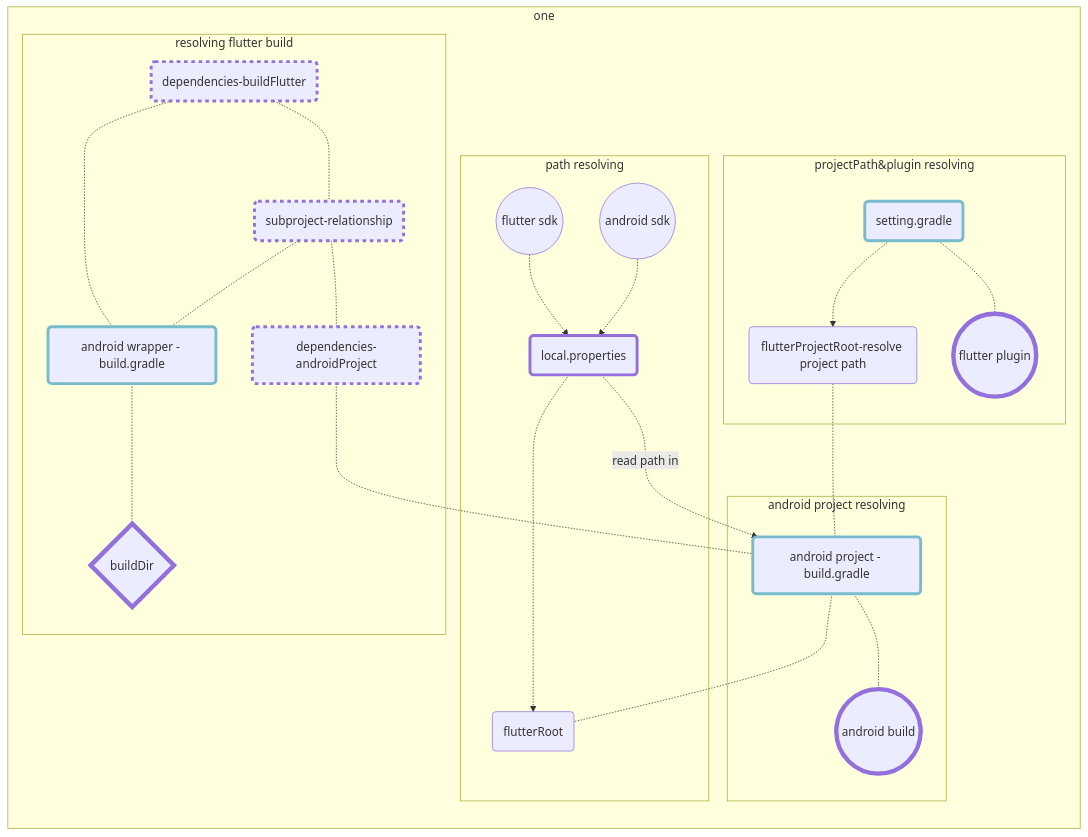
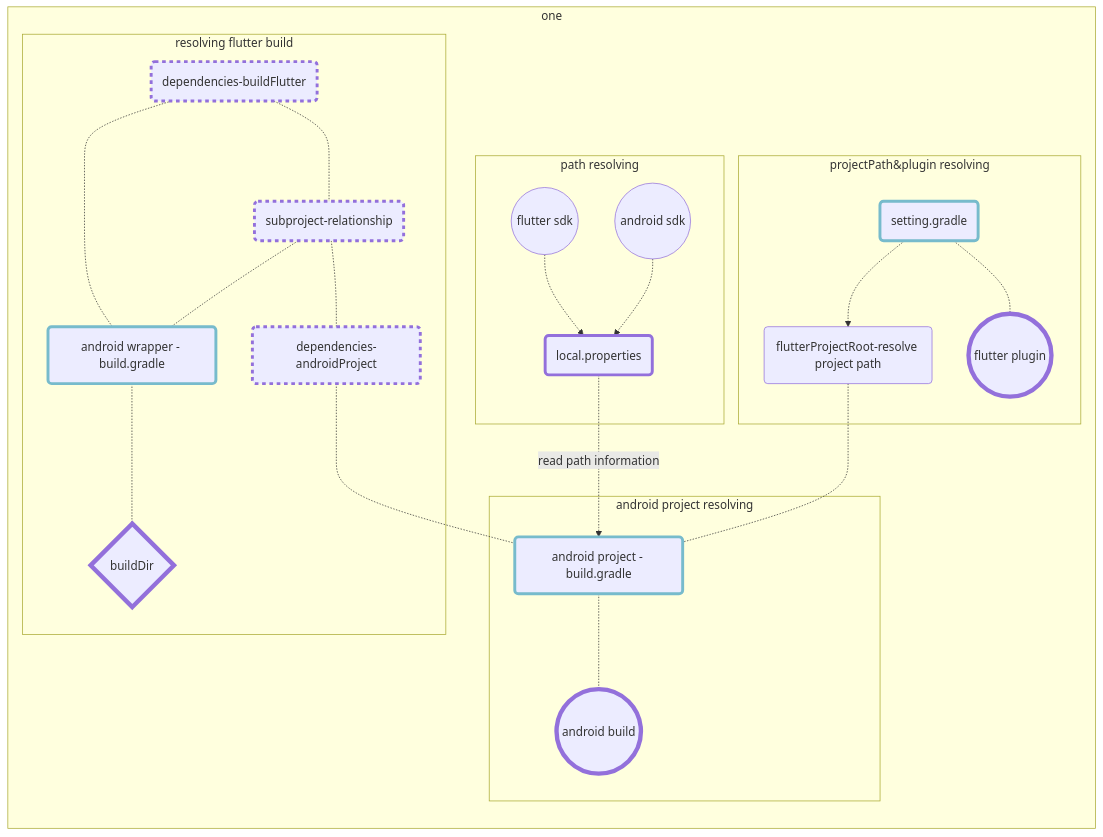
The diagram in flutter/addAndroidProjIntoFlutter.md (gordianknotC/nxp_note), drawn with Mermaid before and after one commit. The commit also changed other lines of this file, not shown here.

Commit message:
flutter/addAndroidProjIntoFlutter.md updated from https://stackedit.io/

````diff
--- a/flutter/addAndroidProjIntoFlutter.md
+++ b/flutter/addAndroidProjIntoFlutter.md
@@ -229,62 +229,59 @@
 ```mermaid
 graph LR
 	fdk((flutter sdk))
 	adk((android sdk))
 	
 	dfb{buildDir}
 	abuild((android build))
 	fpgn((flutter plugin))
 	style abuild stroke-width:6px   
 	style fpgn stroke-width:6px 
 	style dfb stroke-width:6px 
 	
 	loc(local.properties)
 	style loc stroke-width:4px   
 	
 	set(setting.gradle)
 	b1(android wrapper - build.gradle)
 	b2(android project - build.gradle)
 	style b1 stroke-width:4px, stroke:#7bc
 	style b2 stroke-width:4px, stroke:#7bc
 	style set stroke-width:4px, stroke:#7bc
 
-	dfr(flutterRoot)
 	dfp(flutterProjectRoot-resolve project path)
 	
 	
 	dandroid(dependencies-androidProject)
 	dflutter(dependencies-buildFlutter)
 	dsub(subproject-relationship)
 	style dandroid stroke-width:4px, stroke-dasharray: 5
 	style dflutter stroke-width:4px, stroke-dasharray: 5
 	style dsub stroke-width:4px, stroke-dasharray: 5
 	
 	
 subgraph one
 	subgraph path resolving
 		fdk -.-> loc
 		adk -.-> loc
-		loc -.-> dfr
 	end
 
-	loc -.read path in.-> b2
+	loc -.read path information .-> b2
 	subgraph android project resolving
 		b2 -.- abuild
 	end
-	b2 -.- dfr
 	dfp -.- b2
 	subgraph projectPath&plugin resolving
 		set-.->dfp
 		set -.- fpgn
 	end
 	dandroid -.- b2
 	subgraph resolving flutter build
 		b1 -.- dfb
 		
 		dflutter -.- b1
 		dsub -.- b1
 		dflutter -.- dsub
 		dsub-.- dandroid
 	end
 end
 ```
````
